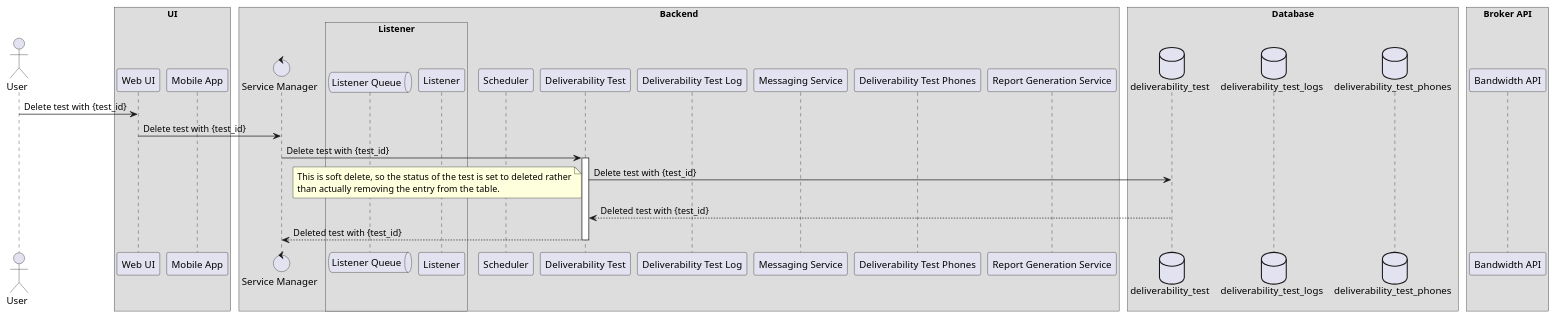
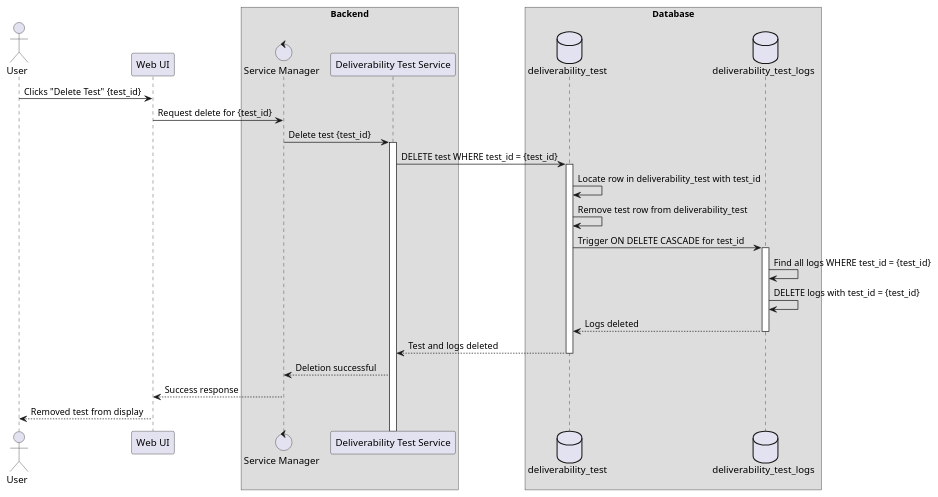
Before and after one commit to Xyz0074/testing-diagrams: the diagram in source/sequence-diagrams/test-deletion-sequence-diagram.puml, drawn with PlantUML.

```diff
--- a/source/sequence-diagrams/test-deletion-sequence-diagram.puml
+++ b/source/sequence-diagrams/test-deletion-sequence-diagram.puml
@@ -1,51 +1,47 @@
 @startuml
 !pragma teoz true
-/'Defines the protocol when user submits a scheduled test, either recurring or singleton.'/
-/'author: Luvai Cutlerywala <luvaidc@gmail.com>'/
 
-/'Define the actors and participants.'/
+/' Hard delete cascade flow for deliverability_test and deliverability_test_logs. '/
+
 actor User as user
 
-box UI
-    participant "Web UI" as web_ui
-    participant "Mobile App" as mobile_app
-end box
+participant "Web UI" as web_ui
 
 box Backend
     control "Service Manager" as service_manager
-    box Listener
-        queue "Listener Queue" as listener_queue
-        participant "Listener" as listener
-    end box
-    participant "Scheduler" as scheduler
-    participant "Deliverability Test" as deliverability_test
-    participant "Deliverability Test Log" as deliverability_test_log
-    participant "Messaging Service" as messenger
-    participant "Deliverability Test Phones" as deliverability_test_phones
-    participant "Report Generation Service" as report_generator
+    participant "Deliverability Test Service" as deliverability_test
 end box
 
 box Database
-    database deliverability_test as dt
-    database deliverability_test_logs as dtl
-    database deliverability_test_phones as dtp
+    database "deliverability_test" as dt
+    database "deliverability_test_logs" as dtl
 end box
 
-box "Broker API"
-    participant "Bandwidth API" as broker_api
-end box
+/' Step-by-step deletion flow with cascade '/
 
-/'Defines the interactions and protocols between the microservices.'/
-user -> web_ui: Delete test with {test_id}
-web_ui -> service_manager: Delete test with {test_id}
-service_manager -> deliverability_test: Delete test with {test_id}
+user -> web_ui: Clicks "Delete Test" {test_id}
+web_ui -> service_manager: Request delete for {test_id}
+service_manager -> deliverability_test: Delete test {test_id}
 activate deliverability_test
-deliverability_test -> dt: Delete test with {test_id}
-note left
-This is soft delete, so the status of the test is set to deleted rather
-than actually removing the entry from the table.
-end note
-dt --> deliverability_test: Deleted test with {test_id}
-deliverability_test --> service_manager: Deleted test with {test_id}
-deactivate deliverability_test
+
+deliverability_test -> dt: DELETE test WHERE test_id = {test_id}
+activate dt
+dt -> dt: Locate row in deliverability_test with test_id
+dt -> dt: Remove test row from deliverability_test
+
+/' Cascade process begins '/
+dt -> dtl: Trigger ON DELETE CASCADE for test_id
+activate dtl
+dtl -> dtl: Find all logs WHERE test_id = {test_id}
+dtl -> dtl: DELETE logs with test_id = {test_id}
+dtl --> dt: Logs deleted
+deactivate dtl
+
+dt --> deliverability_test: Test and logs deleted
+deactivate dt
+
+deliverability_test --> service_manager: Deletion successful
+service_manager --> web_ui: Success response
+web_ui --> user: Removed test from display
+
 @enduml
```
